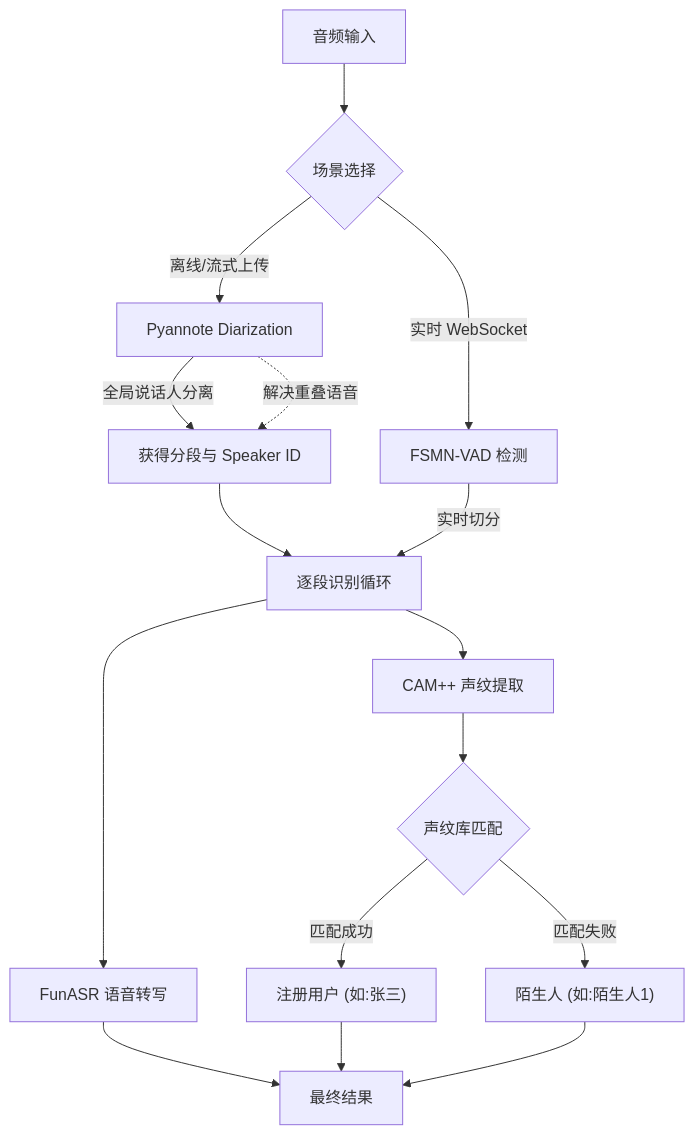
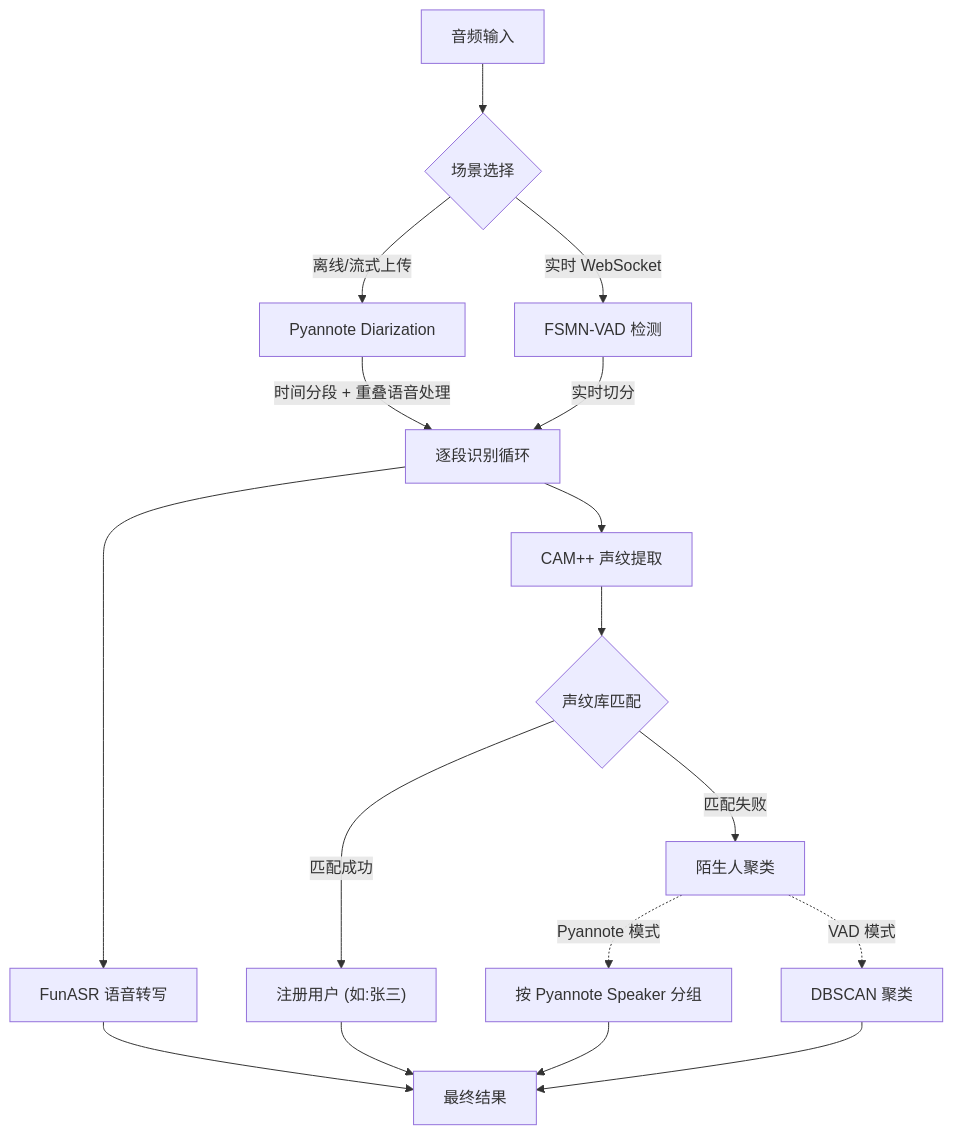
Before and after one commit to yahuo/VoiceprintRecognition: the diagram in README.md, drawn with Mermaid. The commit also changed other lines of this file and 1 other file, not shown here.

Commit message:
fix: 改用逐段声纹匹配，修复 pyannote 分组导致多人映射为同一说话人的 bug
原逻辑信任 pyannote 的 speaker 分组做身份映射（首段声纹决定整组身份），
当 pyannote 分组不准确时，会导致不同说话人被映射到同一注册人。

改为 pyannote 只负责时间分段，每段独立用 CAM++ 提取声纹匹配注册人，
仅在未匹配到注册人时才用 pyannote speaker 分组做陌生人聚类。

````diff
--- a/README.md
+++ b/README.md
@@ -122,26 +122,27 @@
 ```mermaid
 graph TD
     Input[音频输入] --> Mode{场景选择}
-    
-    %% Pyannote 路径 (高精度)
+
+    %% Pyannote 路径 (高精度分段)
     Mode -->|离线/流式上传| P1[Pyannote Diarization]
-    P1 -->|全局说话人分离| P2[获得分段与 Speaker ID]
-    P1 -.->|解决重叠语音| P2
-    P2 --> Loop[逐段识别循环]
-    
+    P1 -->|时间分段 + 重叠语音处理| Loop[逐段识别循环]
+
     %% VAD 路径 (低延迟)
     Mode -->|实时 WebSocket| V1[FSMN-VAD 检测]
     V1 -->|实时切分| Loop
-    
-    %% 识别循环
+
+    %% 每段独立识别
     Loop --> ASR[FunASR 语音转写]
     Loop --> SV[CAM++ 声纹提取]
-    
+
     SV --> Match{声纹库匹配}
     Match -->|匹配成功| User["注册用户 (如:张三)"]
-    Match -->|匹配失败| Stranger["陌生人 (如:陌生人1)"]
-    
+    Match -->|匹配失败| Stranger["陌生人聚类"]
+    Stranger -.->|Pyannote 模式| PyCluster["按 Pyannote Speaker 分组"]
+    Stranger -.->|VAD 模式| DBCluster["DBSCAN 聚类"]
+
     ASR --> Output[最终结果]
     User --> Output
-    Stranger --> Output
+    PyCluster --> Output
+    DBCluster --> Output
 ```
````
